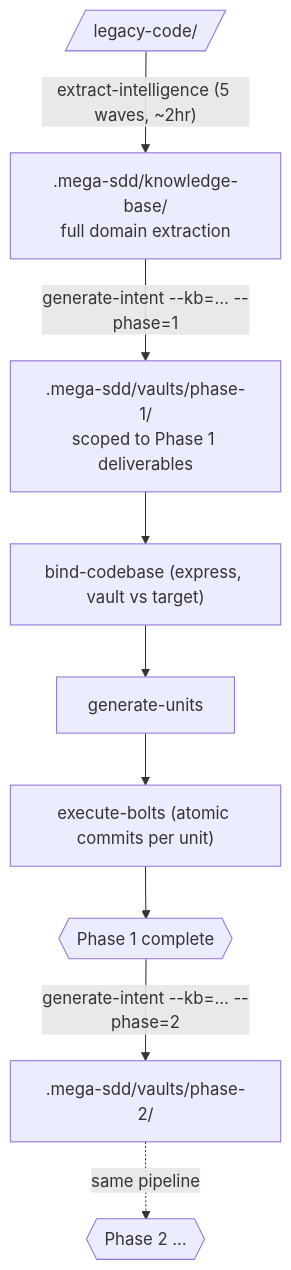
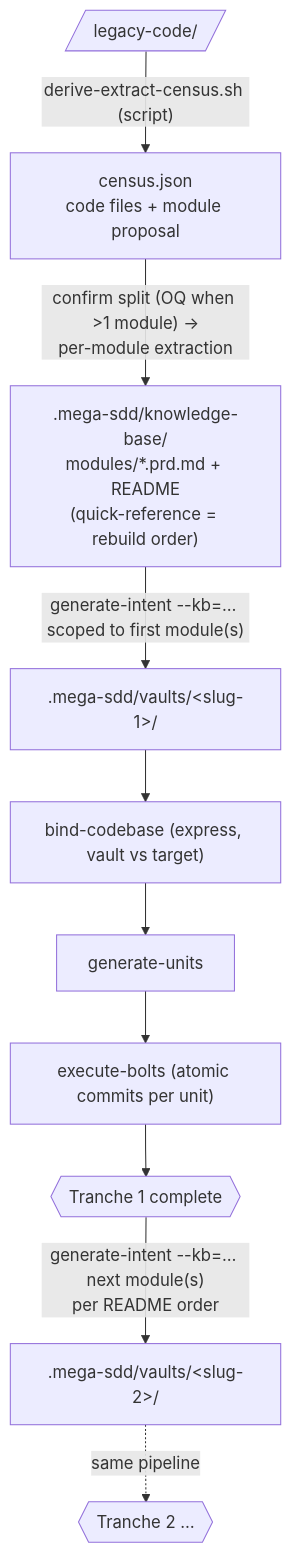
Before and after one commit to FarhanRiuzaki/Mega-SDD: the diagram in tests/scenarios/scenario-10-phased-rebuild-walkthrough.md, drawn with Mermaid. The commit also changed other lines of this file and 16 other files, not shown here.

````diff
--- a/tests/scenarios/scenario-10-phased-rebuild-walkthrough.md
+++ b/tests/scenarios/scenario-10-phased-rebuild-walkthrough.md
@@ -22,11 +22,12 @@
 ```mermaid
 flowchart TD
-    L[/"legacy-code/"/] -->|"extract-intelligence (5 waves, ~2hr)"| KB[".mega-sdd/knowledge-base/<br/>full domain extraction"]
-    KB -->|"generate-intent --kb=… --phase=1"| V1[".mega-sdd/vaults/phase-1/<br/>scoped to Phase 1 deliverables"]
+    L[/"legacy-code/"/] -->|"derive-extract-census.sh (script)"| C["census.json<br/>code files + module proposal"]
+    C -->|"confirm split (OQ when >1 module) →<br/>per-module extraction"| KB[".mega-sdd/knowledge-base/<br/>modules/*.prd.md + README<br/>(quick-reference = rebuild order)"]
+    KB -->|"generate-intent --kb=… scoped to first module(s)"| V1[".mega-sdd/vaults/&lt;slug-1&gt;/"]
     V1 --> BIND1["bind-codebase (express, vault vs target)"]
     BIND1 --> GU1["generate-units"]
     GU1 --> EB1["execute-bolts (atomic commits per unit)"]
-    EB1 --> DONE1{{"Phase 1 complete"}}
-    DONE1 -->|"generate-intent --kb=… --phase=2"| V2[".mega-sdd/vaults/phase-2/"]
-    V2 -.->|"same pipeline"| DONE2{{"Phase 2 …"}}
+    EB1 --> DONE1{{"Tranche 1 complete"}}
+    DONE1 -->|"generate-intent --kb=… next module(s)<br/>per README order"| V2[".mega-sdd/vaults/&lt;slug-2&gt;/"]
+    V2 -.->|"same pipeline"| DONE2{{"Tranche 2 …"}}
 ```
````
